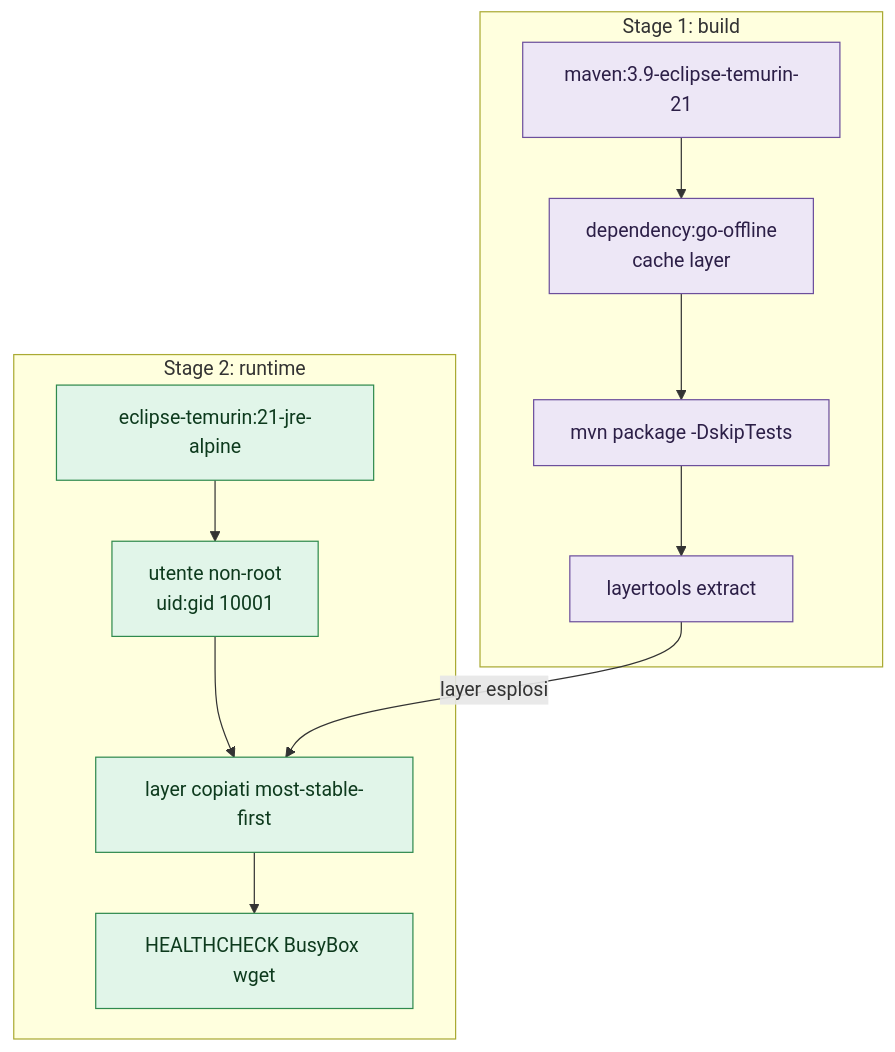
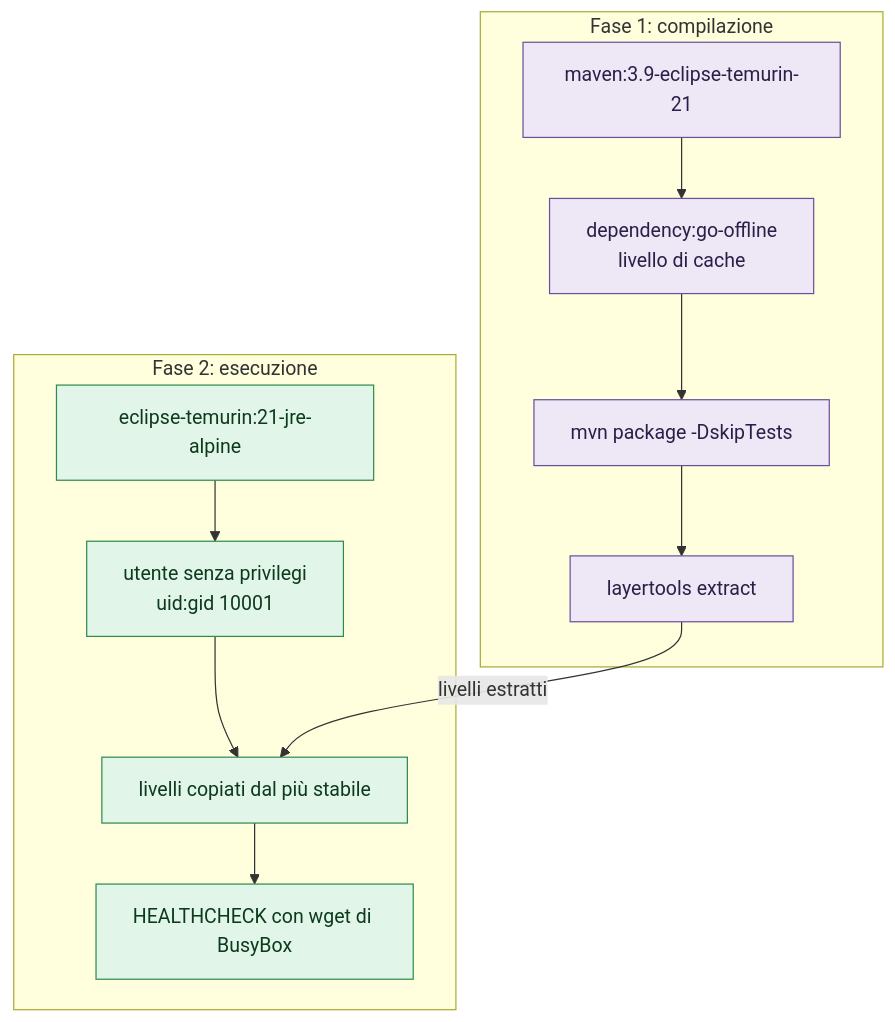
Before and after one commit to toresoft/sign-verify: the first of 3 diagrams in docs/it/02-docker.md, drawn with Mermaid. The commit also changed other lines of this file and 14 other files, not shown here.

````diff
--- a/docs/it/02-docker.md
+++ b/docs/it/02-docker.md
@@ -18,19 +18,19 @@
 ```mermaid
 flowchart TB
-    subgraph build[Stage 1: build]
-        M[maven:3.9-eclipse-temurin-21] --> GO[dependency:go-offline\ncache layer]
+    subgraph build["Fase 1: compilazione"]
+        M[maven:3.9-eclipse-temurin-21] --> GO["dependency:go-offline\nlivello di cache"]
         GO --> PKG[mvn package -DskipTests]
         PKG --> EX[layertools extract]
     end
-    subgraph runtime[Stage 2: runtime]
-        R[eclipse-temurin:21-jre-alpine] --> U[utente non-root\nuid:gid 10001]
-        U --> L[layer copiati most-stable-first]
-        L --> HC[HEALTHCHECK BusyBox wget]
+    subgraph runtime["Fase 2: esecuzione"]
+        R[eclipse-temurin:21-jre-alpine] --> U["utente senza privilegi\nuid:gid 10001"]
+        U --> L["livelli copiati dal più stabile"]
+        L --> HC["HEALTHCHECK con wget di BusyBox"]
     end
-    EX -->|layer esplosi| L
+    EX -->|livelli estratti| L
 
     classDef build fill:#ede7f6,stroke:#6c4f9c,color:#2c1f47
     classDef runtime fill:#e1f5e9,stroke:#2f8a4e,color:#0d3a1d
     class M,GO,PKG,EX build
     class R,U,L,HC runtime
 ```
````
